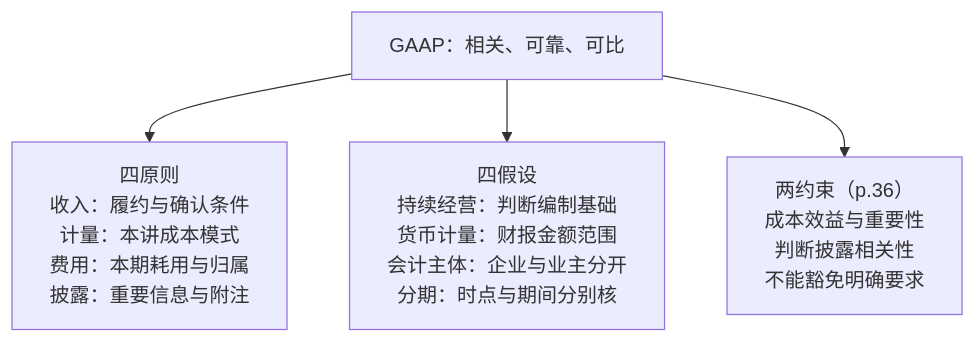
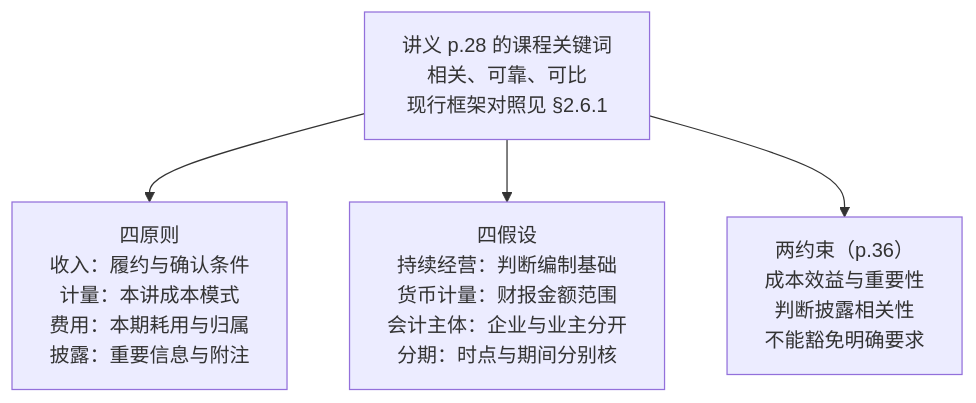
Before and after one commit to CercaTrovato/cityu-ai-course-notes: diagram 11 of 11 in AC6761_Artificial_Intelligence_Accounting/notes/M01-会计与商业.md, drawn with Mermaid. The commit also changed other lines of this file and 198 other files, not shown here.

````diff
--- a/AC6761_Artificial_Intelligence_Accounting/notes/M01-会计与商业.md
+++ b/AC6761_Artificial_Intelligence_Accounting/notes/M01-会计与商业.md
@@ -3255,6 +3418,6 @@
 ```mermaid
 flowchart TD
- G["GAAP：相关、可靠、可比"] --> P["四原则<br/>收入：履约与确认条件<br/>计量：本讲成本模式<br/>费用：本期耗用与归属<br/>披露：重要信息与附注"]
+ G["讲义 p.28 的课程关键词<br/>相关、可靠、可比<br/>现行框架对照见 §2.6.1"] --> P["四原则<br/>收入：履约与确认条件<br/>计量：本讲成本模式<br/>费用：本期耗用与归属<br/>披露：重要信息与附注"]
  G --> A["四假设<br/>持续经营：判断编制基础<br/>货币计量：财报金额范围<br/>会计主体：企业与业主分开<br/>分期：时点与期间分别核"]
  G --> C["两约束（p.36）<br/>成本效益与重要性<br/>判断披露相关性<br/>不能豁免明确要求"]
 ```
````
